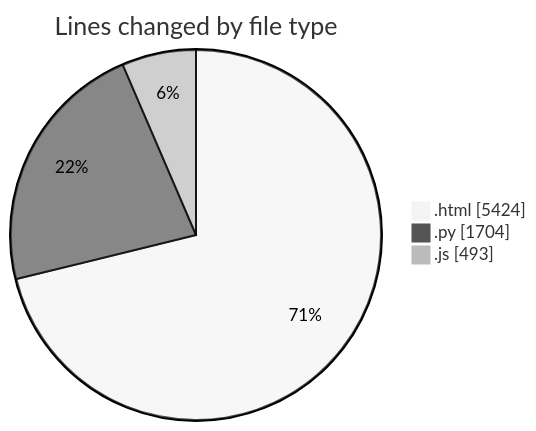
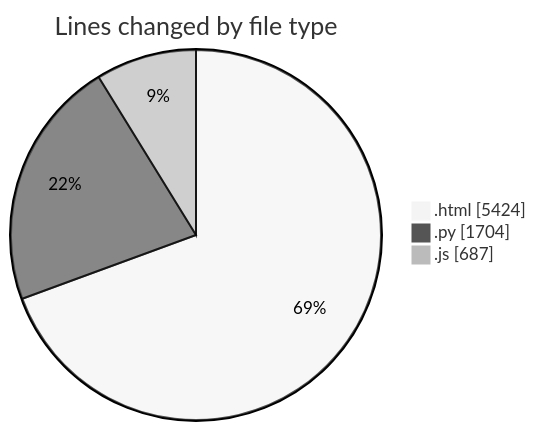
One commit to shibass792/code-tracking changed the first of 2 diagrams in 2026-07-12/untitled__workspace_/README.md. Above: the diagram before and after it, drawn with Mermaid (neutral theme). The commit also changed other lines of this file and 1 other file, not shown here.

````diff
--- a/2026-07-12/untitled__workspace_/README.md
+++ b/2026-07-12/untitled__workspace_/README.md
@@ -24,7 +24,7 @@
 ```mermaid
 pie showData
 title Lines changed by file type
 ".html" : 5424
 ".py" : 1704
-".js" : 493
+".js" : 687
 ```
````
